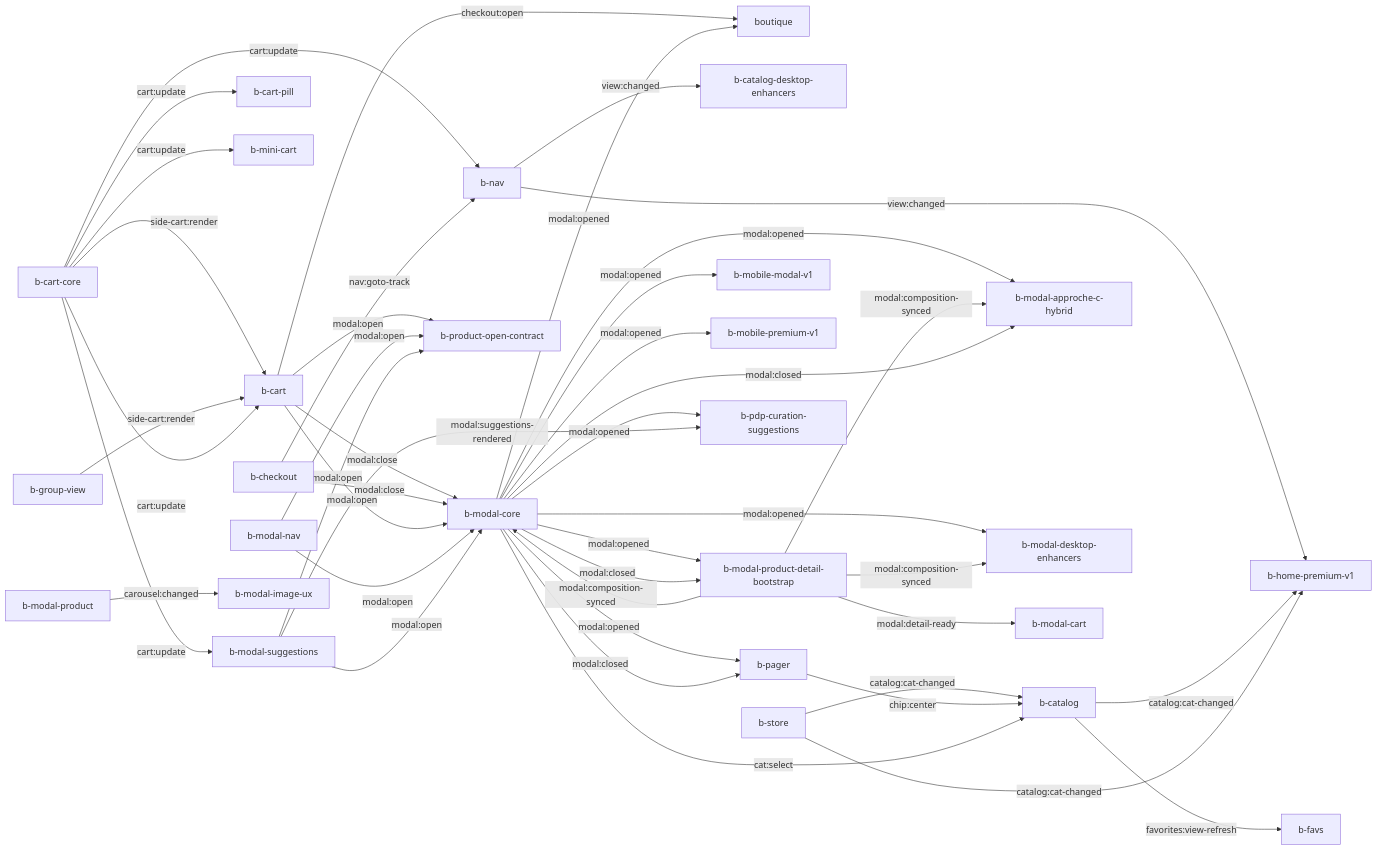
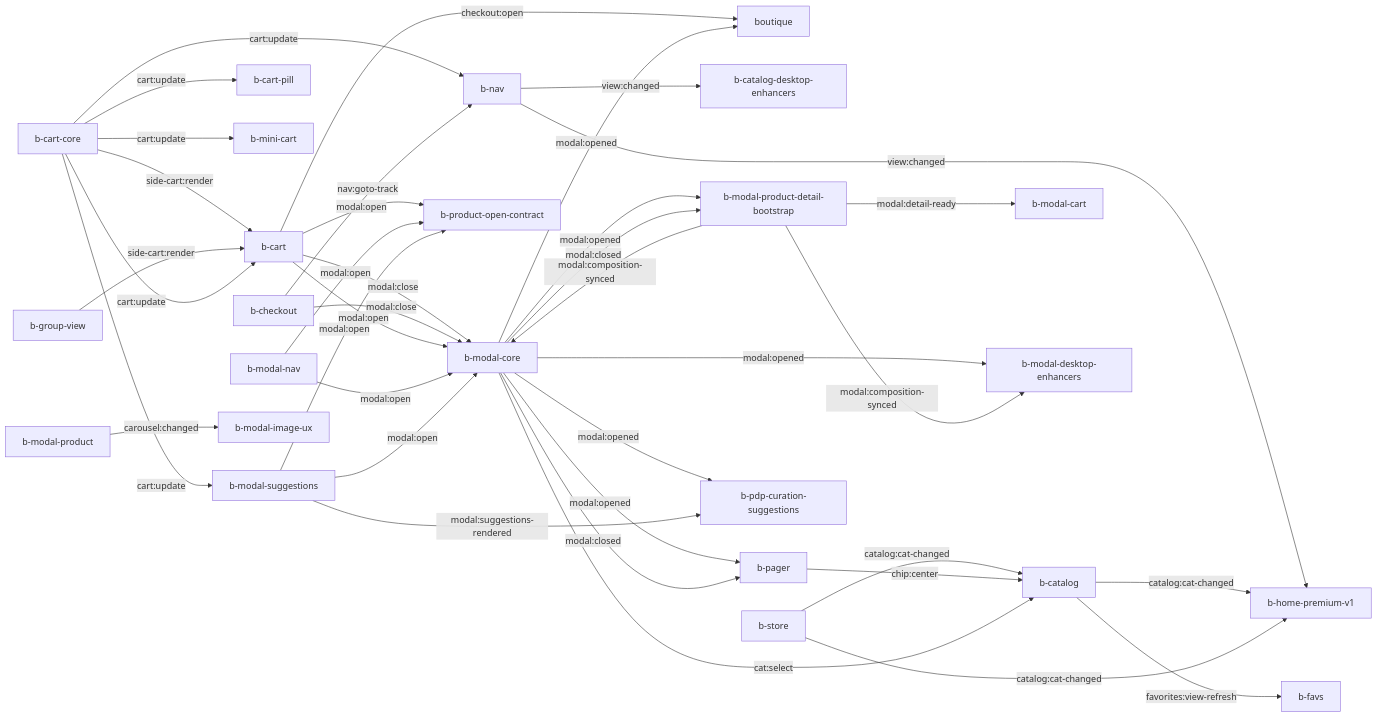
The diagram in docs/BOUTIQUE_360.md (SamyrFateh/komerce-backend), drawn with Mermaid before and after one commit. The commit also changed other lines of this file and 17 other files, not shown here.

````diff
--- a/docs/BOUTIQUE_360.md
+++ b/docs/BOUTIQUE_360.md
@@ -97,45 +97,40 @@
 ```mermaid
 graph LR
   b_cart_core["b-cart-core"] -->|side-cart:render| b_cart["b-cart"]
   b_group_view["b-group-view"] -->|side-cart:render| b_cart["b-cart"]
   b_cart_core["b-cart-core"] -->|cart:update| b_cart["b-cart"]
   b_cart_core["b-cart-core"] -->|cart:update| b_cart_pill["b-cart-pill"]
   b_cart_core["b-cart-core"] -->|cart:update| b_mini_cart["b-mini-cart"]
   b_cart_core["b-cart-core"] -->|cart:update| b_modal_suggestions["b-modal-suggestions"]
   b_cart_core["b-cart-core"] -->|cart:update| b_nav["b-nav"]
   b_cart["b-cart"] -->|modal:close| b_modal_core["b-modal-core"]
   b_checkout["b-checkout"] -->|modal:close| b_modal_core["b-modal-core"]
   b_cart["b-cart"] -->|modal:open| b_modal_core["b-modal-core"]
   b_cart["b-cart"] -->|modal:open| b_product_open_contract["b-product-open-contract"]
   b_modal_nav["b-modal-nav"] -->|modal:open| b_modal_core["b-modal-core"]
   b_modal_nav["b-modal-nav"] -->|modal:open| b_product_open_contract["b-product-open-contract"]
   b_modal_suggestions["b-modal-suggestions"] -->|modal:open| b_modal_core["b-modal-core"]
   b_modal_suggestions["b-modal-suggestions"] -->|modal:open| b_product_open_contract["b-product-open-contract"]
   b_cart["b-cart"] -->|checkout:open| boutique["boutique"]
   b_nav["b-nav"] -->|view:changed| b_catalog_desktop_enhancers["b-catalog-desktop-enhancers"]
   b_nav["b-nav"] -->|view:changed| b_home_premium_v1["b-home-premium-v1"]
   b_catalog["b-catalog"] -->|catalog:cat-changed| b_home_premium_v1["b-home-premium-v1"]
   b_store["b-store"] -->|catalog:cat-changed| b_catalog["b-catalog"]
   b_store["b-store"] -->|catalog:cat-changed| b_home_premium_v1["b-home-premium-v1"]
   b_catalog["b-catalog"] -->|favorites:view-refresh| b_favs["b-favs"]
   b_pager["b-pager"] -->|chip:center| b_catalog["b-catalog"]
   b_modal_core["b-modal-core"] -->|cat:select| b_catalog["b-catalog"]
   b_checkout["b-checkout"] -->|nav:goto-track| b_nav["b-nav"]
-  b_modal_core["b-modal-core"] -->|modal:opened| b_mobile_modal_v1["b-mobile-modal-v1"]
-  b_modal_core["b-modal-core"] -->|modal:opened| b_mobile_premium_v1["b-mobile-premium-v1"]
-  b_modal_core["b-modal-core"] -->|modal:opened| b_modal_approche_c_hybrid["b-modal-approche-c-hybrid"]
+  b_modal_product_detail_bootstrap["b-modal-product-detail-bootstrap"] -->|modal:detail-ready| b_modal_cart["b-modal-cart"]
   b_modal_core["b-modal-core"] -->|modal:opened| b_modal_desktop_enhancers["b-modal-desktop-enhancers"]
   b_modal_core["b-modal-core"] -->|modal:opened| b_modal_product_detail_bootstrap["b-modal-product-detail-bootstrap"]
   b_modal_core["b-modal-core"] -->|modal:opened| b_pager["b-pager"]
   b_modal_core["b-modal-core"] -->|modal:opened| b_pdp_curation_suggestions["b-pdp-curation-suggestions"]
   b_modal_core["b-modal-core"] -->|modal:opened| boutique["boutique"]
-  b_modal_product_detail_bootstrap["b-modal-product-detail-bootstrap"] -->|modal:composition-synced| b_modal_approche_c_hybrid["b-modal-approche-c-hybrid"]
+  b_modal_core["b-modal-core"] -->|modal:closed| b_modal_product_detail_bootstrap["b-modal-product-detail-bootstrap"]
+  b_modal_core["b-modal-core"] -->|modal:closed| b_pager["b-pager"]
   b_modal_product_detail_bootstrap["b-modal-product-detail-bootstrap"] -->|modal:composition-synced| b_modal_core["b-modal-core"]
   b_modal_product_detail_bootstrap["b-modal-product-detail-bootstrap"] -->|modal:composition-synced| b_modal_desktop_enhancers["b-modal-desktop-enhancers"]
-  b_modal_core["b-modal-core"] -->|modal:closed| b_modal_approche_c_hybrid["b-modal-approche-c-hybrid"]
-  b_modal_core["b-modal-core"] -->|modal:closed| b_modal_product_detail_bootstrap["b-modal-product-detail-bootstrap"]
-  b_modal_core["b-modal-core"] -->|modal:closed| b_pager["b-pager"]
-  b_modal_product_detail_bootstrap["b-modal-product-detail-bootstrap"] -->|modal:detail-ready| b_modal_cart["b-modal-cart"]
   b_modal_product["b-modal-product"] -->|carousel:changed| b_modal_image_ux["b-modal-image-ux"]
   b_modal_suggestions["b-modal-suggestions"] -->|modal:suggestions-rendered| b_pdp_curation_suggestions["b-pdp-curation-suggestions"]
 ```
````
